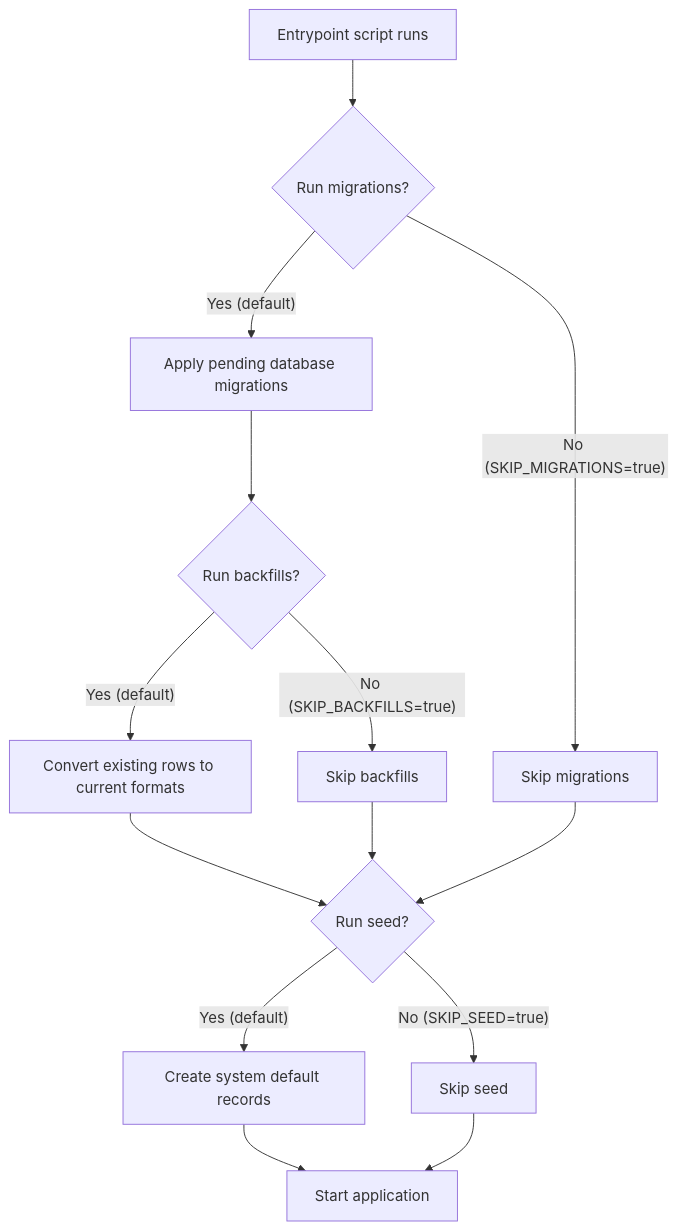
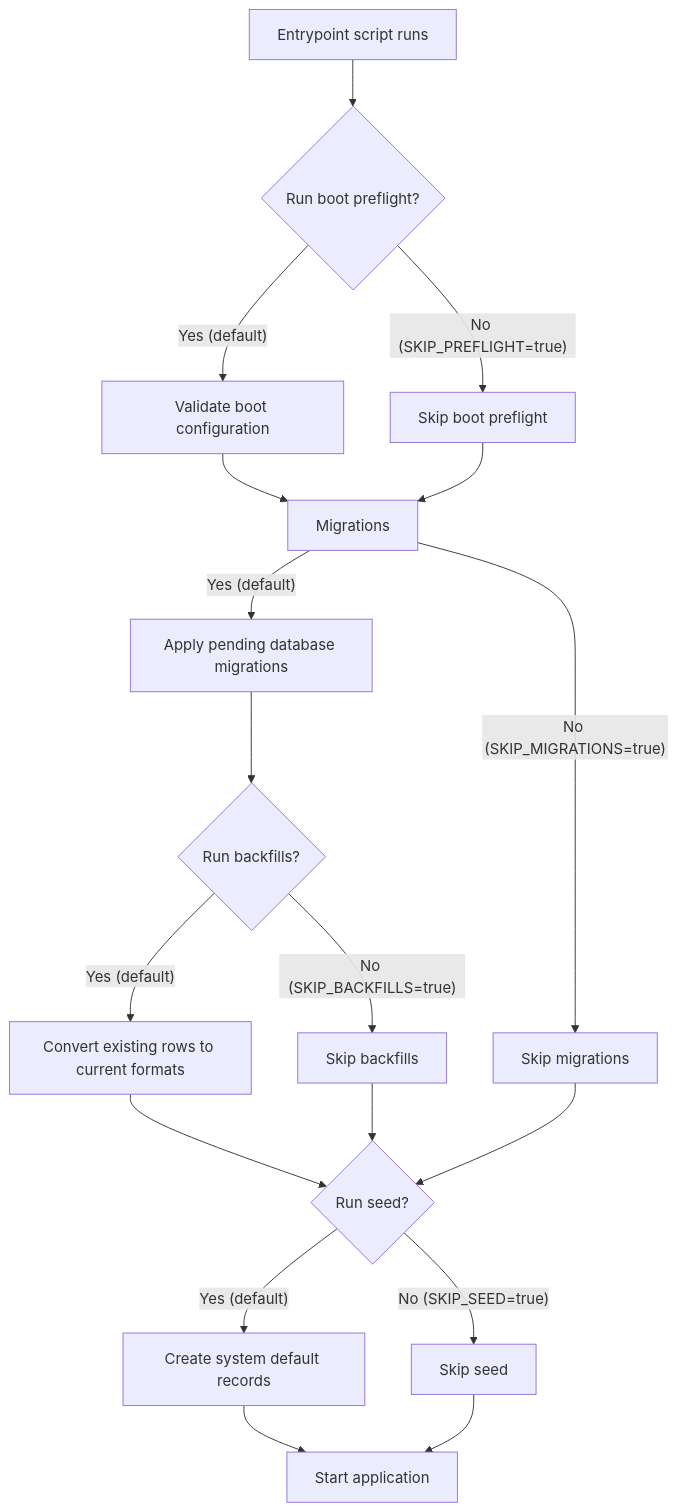
The diagram in documentation/docs/reference-implementation/operations/startup.md (uncefact/tests-untp), drawn with Mermaid before and after one commit. The commit also changed other lines of this file and 37 other files, not shown here.

Commit message:
fix(ri): validate configuration before migrations and exit when the boot is refused (#1062)

````diff
--- a/documentation/docs/reference-implementation/operations/startup.md
+++ b/documentation/docs/reference-implementation/operations/startup.md
@@ -23,17 +23,21 @@
 ```mermaid
 flowchart TD
-    Start["Entrypoint script runs"] --> Migrations{"Run migrations?"}
+    Start["Entrypoint script runs"] --> Preflight{"Run boot preflight?"}
+    Preflight -->|"Yes (default)"| RunPreflight["Validate boot configuration"]
+    Preflight -->|"No (SKIP_PREFLIGHT=true)"| SkipPreflight["Skip boot preflight"]
+    RunPreflight --> Migrations
+    SkipPreflight --> Migrations
     Migrations -->|"Yes (default)"| RunMigrations["Apply pending database migrations"]
     Migrations -->|"No (SKIP_MIGRATIONS=true)"| SkipMigrations["Skip migrations"]
     RunMigrations --> Backfills{"Run backfills?"}
     Backfills -->|"Yes (default)"| RunBackfills["Convert existing rows to current formats"]
     Backfills -->|"No (SKIP_BACKFILLS=true)"| SkipBackfills["Skip backfills"]
     RunBackfills --> Seed
     SkipBackfills --> Seed
     SkipMigrations --> Seed
     Seed{"Run seed?"}
     Seed -->|"Yes (default)"| RunSeed["Create system default records"]
     Seed -->|"No (SKIP_SEED=true)"| SkipSeed["Skip seed"]
     RunSeed --> App["Start application"]
     SkipSeed --> App
 ```
````
